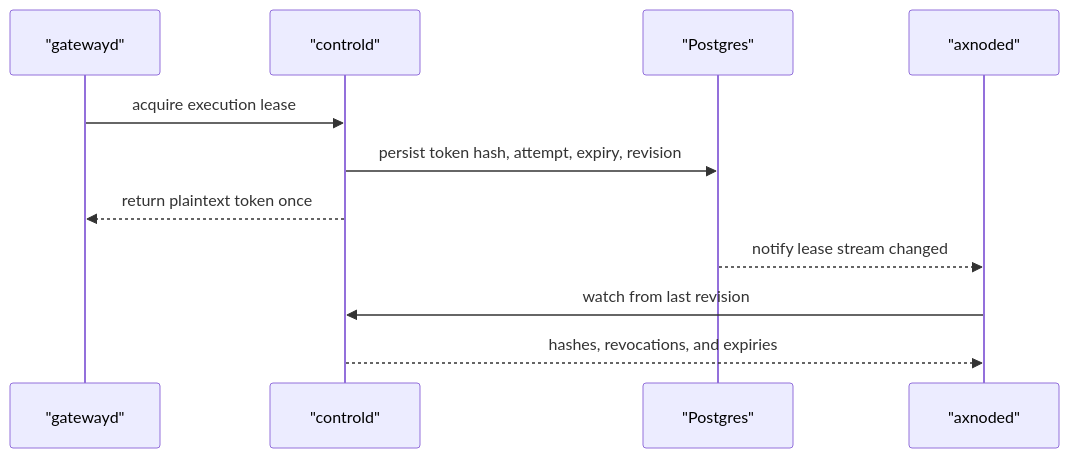
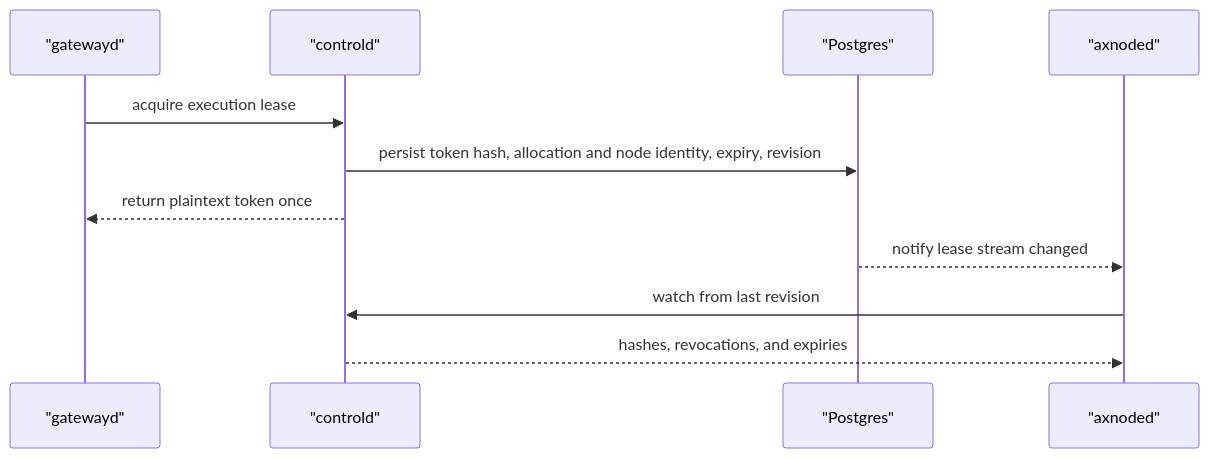
The third of 4 diagrams in control/controld/docs/postgres-schema-design.md (cofy-x/axern), drawn with Mermaid before and after one commit. The commit also changed other lines of this file and 379 other files, not shown here.

````diff
--- a/control/controld/docs/postgres-schema-design.md
+++ b/control/controld/docs/postgres-schema-design.md
@@ -101,14 +101,14 @@
 ```mermaid
 sequenceDiagram
   participant Gateway as "gatewayd"
   participant Control as "controld"
   participant DB as "Postgres"
   participant Node as "axnoded"
 
   Gateway->>Control: acquire execution lease
-  Control->>DB: persist token hash, attempt, expiry, revision
+  Control->>DB: persist token hash, allocation and node identity, expiry, revision
   Control-->>Gateway: return plaintext token once
   DB-->>Node: notify lease stream changed
   Node->>Control: watch from last revision
   Control-->>Node: hashes, revocations, and expiries
 ```
````
